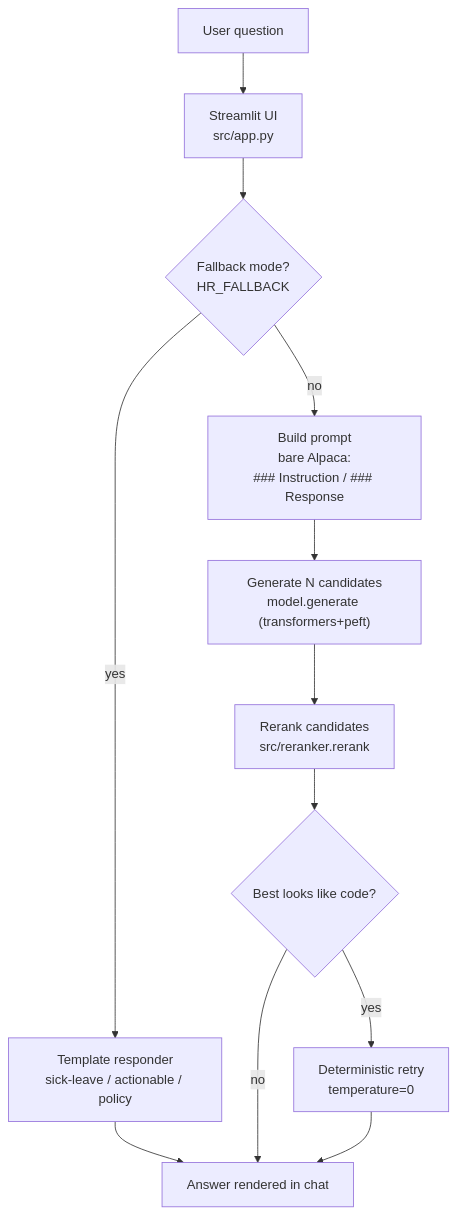
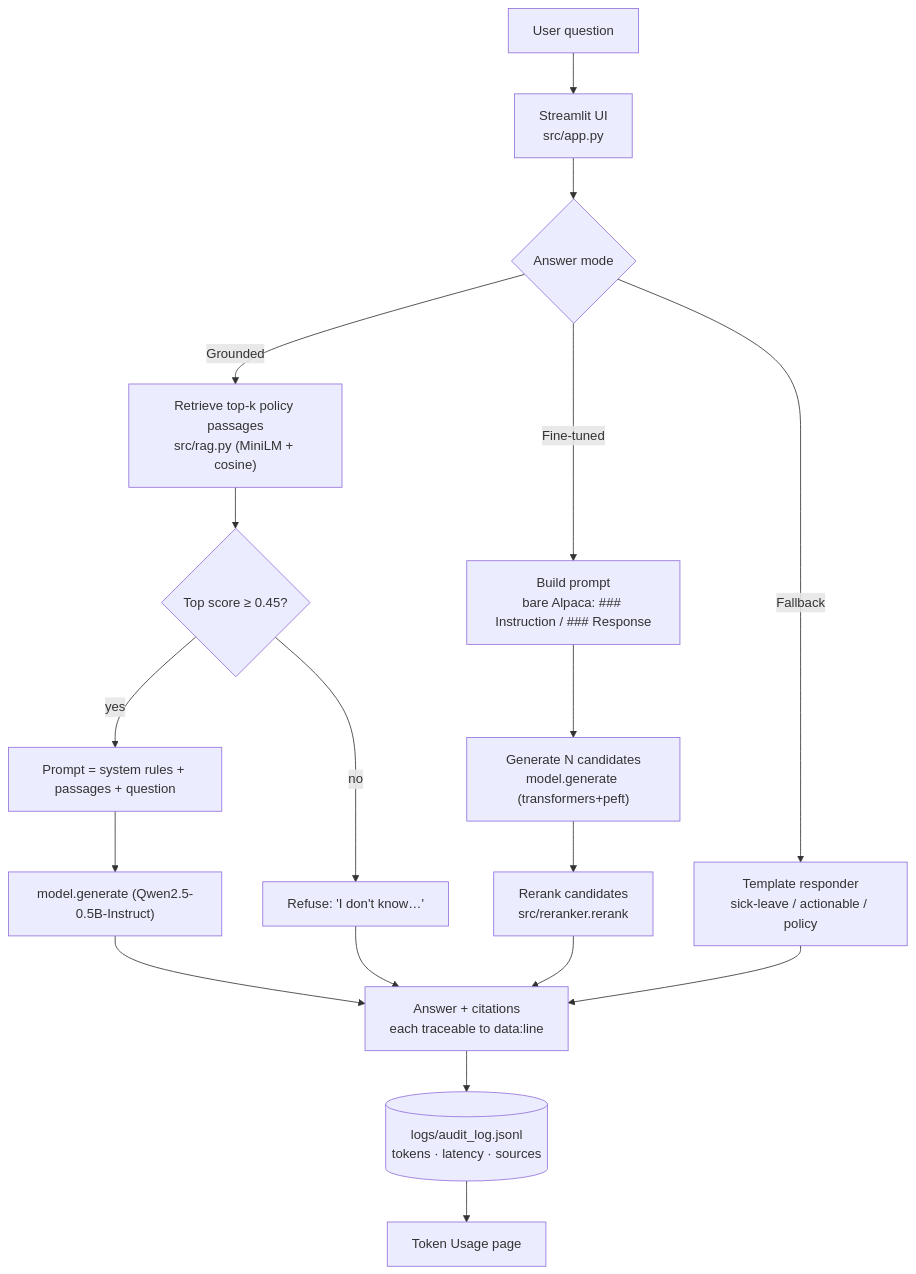
The second of 2 diagrams in docs/ARCHITECTURE.md (raosinga6/HR-assistant), drawn with Mermaid before and after one commit. The commit also changed other lines of this file and 3 other files, not shown here.

First line of the commit message:
Update docs for grounded RAG, observability, and the Token Usage page

````diff
--- a/docs/ARCHITECTURE.md
+++ b/docs/ARCHITECTURE.md
@@ -73,16 +74,24 @@
 ```mermaid
 flowchart TD
     Q[User question] --> UI[Streamlit UI<br/>src/app.py]
-    UI --> FB{Fallback mode?<br/>HR_FALLBACK}
+    UI --> MODE{Answer mode}
 
-    FB -- yes --> TMPL[Template responder<br/>sick-leave / actionable / policy]
-    TMPL --> OUT[Answer rendered in chat]
+    MODE -- Grounded --> RET["Retrieve top-k policy passages<br/>src/rag.py (MiniLM + cosine)"]
+    RET --> GATE{Top score ≥ 0.45?}
+    GATE -- no --> REF["Refuse: 'I don't know…'"]
+    GATE -- yes --> GP["Prompt = system rules + passages + question"]
+    GP --> GG["model.generate (Qwen2.5-0.5B-Instruct)"]
+    GG --> OUT[Answer + citations<br/>each traceable to data:line]
+    REF --> OUT
 
-    FB -- no --> P["Build prompt<br/>bare Alpaca:<br/>### Instruction / ### Response"]
+    MODE -- Fine-tuned --> P["Build prompt<br/>bare Alpaca: ### Instruction / ### Response"]
     P --> GEN["Generate N candidates<br/>model.generate (transformers+peft)"]
     GEN --> RR[Rerank candidates<br/>src/reranker.rerank]
-    RR --> RETRY{Best looks like code?}
-    RETRY -- yes --> GEN0["Deterministic retry<br/>temperature=0"]
-    RETRY -- no --> OUT
-    GEN0 --> OUT
+    RR --> OUT
+
+    MODE -- Fallback --> TMPL[Template responder<br/>sick-leave / actionable / policy]
+    TMPL --> OUT
+
+    OUT --> LOG[(logs/audit_log.jsonl<br/>tokens · latency · sources)]
+    LOG --> TU[Token Usage page]
 ```
````
